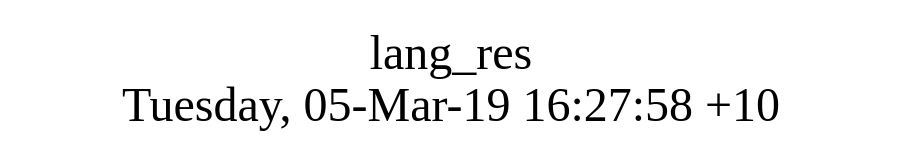
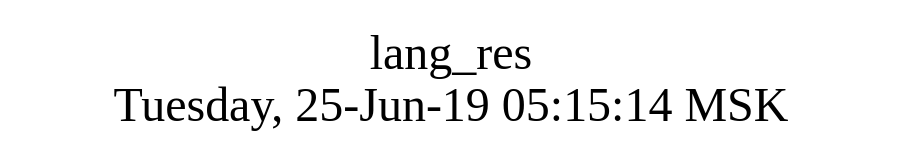
One commit to AplaProject/apps changed the diagram in src/lang_res/struct.dot. Above: the diagram before and after it, drawn with Graphviz. The commit also changed 2 other files, not shown here.

```diff
--- a/src/lang_res/struct.dot
+++ b/src/lang_res/struct.dot
@@ -1,8 +1,10 @@
 digraph G {
-fontsize="24";
-label="lang_res\nTuesday, 05-Mar-19 16:27:58 +10";
-nojustify=true;
-ordering=out;
-rankdir=LR;
-size="30";
+graph [
+  fontsize="24";
+  label="lang_res\nTuesday, 25-Jun-19 05:15:14 MSK";
+  nojustify=true;
+  ordering=out;
+  rankdir=LR;
+  size="30";
+];
 }
```
